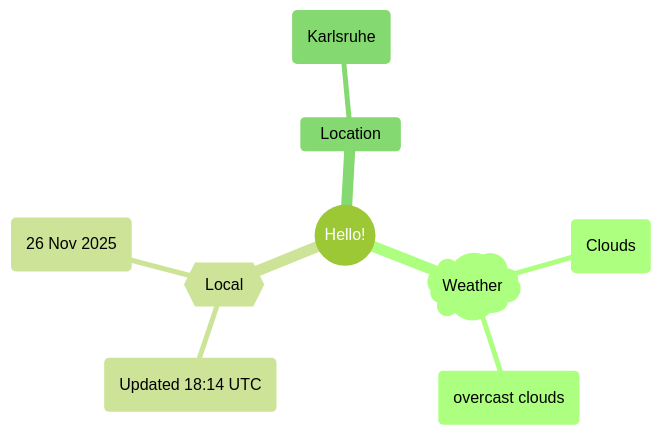
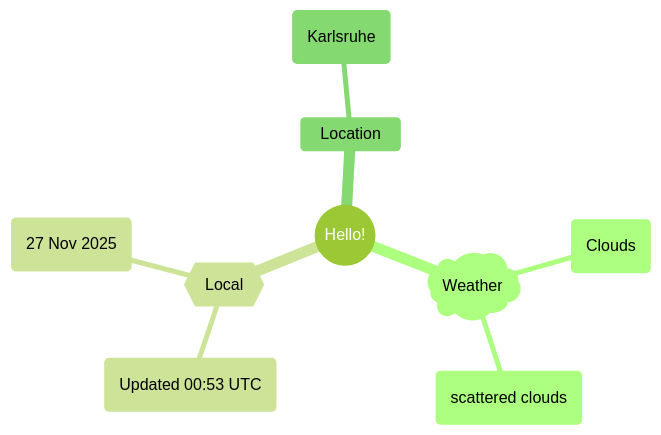
One commit to Xosrov/Xosrov changed the first of 2 diagrams in README.md. Above: the diagram before and after it, drawn with Mermaid (forest theme).

Commit message:
[bot] updated images

````diff
--- a/README.md
+++ b/README.md
@@ -3,12 +3,12 @@
 ```mermaid
 mindmap
   root((Hello!))
     )Weather(
         (Clouds)
-        (overcast clouds)
+        (scattered clouds)
     {{Local}}
-        (Updated 18:14 UTC)
-        (26 Nov 2025)
+        (Updated 00:53 UTC)
+        (27 Nov 2025)
     Location
         (Karlsruhe)
 ```
````
